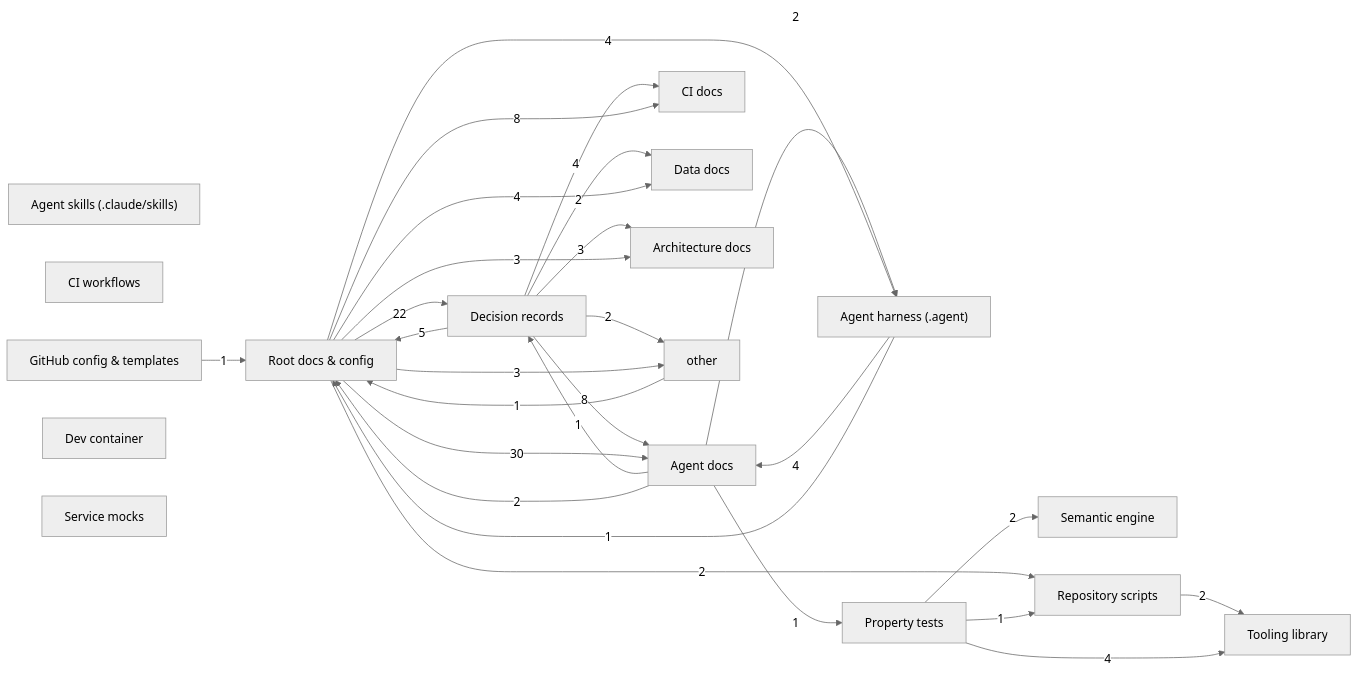
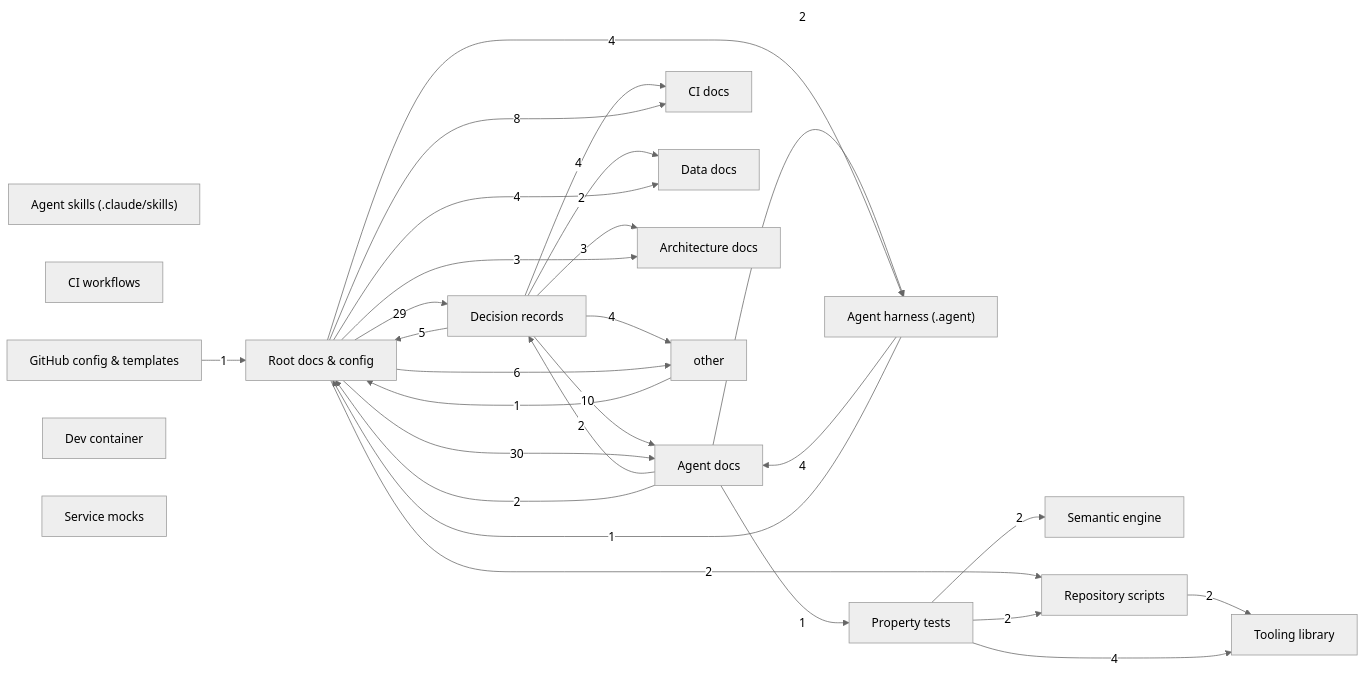
The diagram in docs/architecture/graph.md (sayedelazameydesign-crypto/ui), drawn with Mermaid (neutral theme) before and after one commit. The commit also changed other lines of this file and 5 other files, not shown here.

First line of the commit message:
docs(governance): a privacy gate and an honest default in the charter

````diff
--- a/docs/architecture/graph.md
+++ b/docs/architecture/graph.md
@@ -11,45 +11,45 @@
 ```mermaid
 graph LR
   root["Root docs & config"]
   agent_harness["Agent harness (.agent)"]
   skills["Agent skills (.claude/skills)"]
   workflows["CI workflows"]
   github_config["GitHub config & templates"]
   sandbox["Dev container"]
   adr["Decision records"]
   docs_agents["Agent docs"]
   docs_ci["CI docs"]
   docs_data["Data docs"]
   docs_arch["Architecture docs"]
   semantic["Semantic engine"]
   tooling_lib["Tooling library"]
   scripts["Repository scripts"]
   tests["Property tests"]
   mocks["Service mocks"]
-  adr -->|8| docs_agents
+  adr -->|10| docs_agents
   adr -->|3| docs_arch
   adr -->|4| docs_ci
   adr -->|2| docs_data
-  adr -->|2| other
+  adr -->|4| other
   adr -->|5| root
   agent_harness -->|4| docs_agents
   agent_harness -->|1| root
-  docs_agents -->|1| adr
+  docs_agents -->|2| adr
   docs_agents -->|2| agent_harness
   docs_agents -->|2| root
   docs_agents -->|1| tests
   github_config -->|1| root
   other -->|1| root
-  root -->|22| adr
+  root -->|29| adr
   root -->|4| agent_harness
   root -->|30| docs_agents
   root -->|3| docs_arch
   root -->|8| docs_ci
   root -->|4| docs_data
-  root -->|3| other
+  root -->|6| other
   root -->|2| scripts
   scripts -->|2| tooling_lib
-  tests -->|1| scripts
+  tests -->|2| scripts
   tests -->|2| semantic
   tests -->|4| tooling_lib
 ```
````
